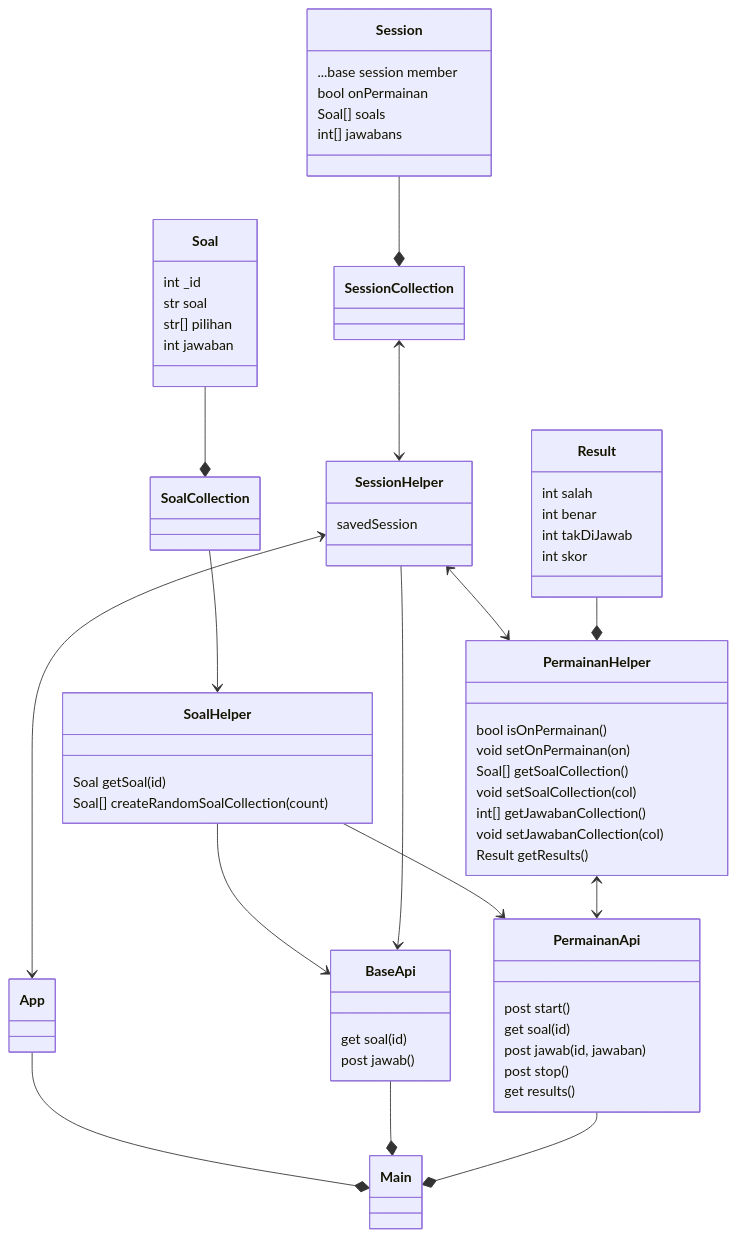
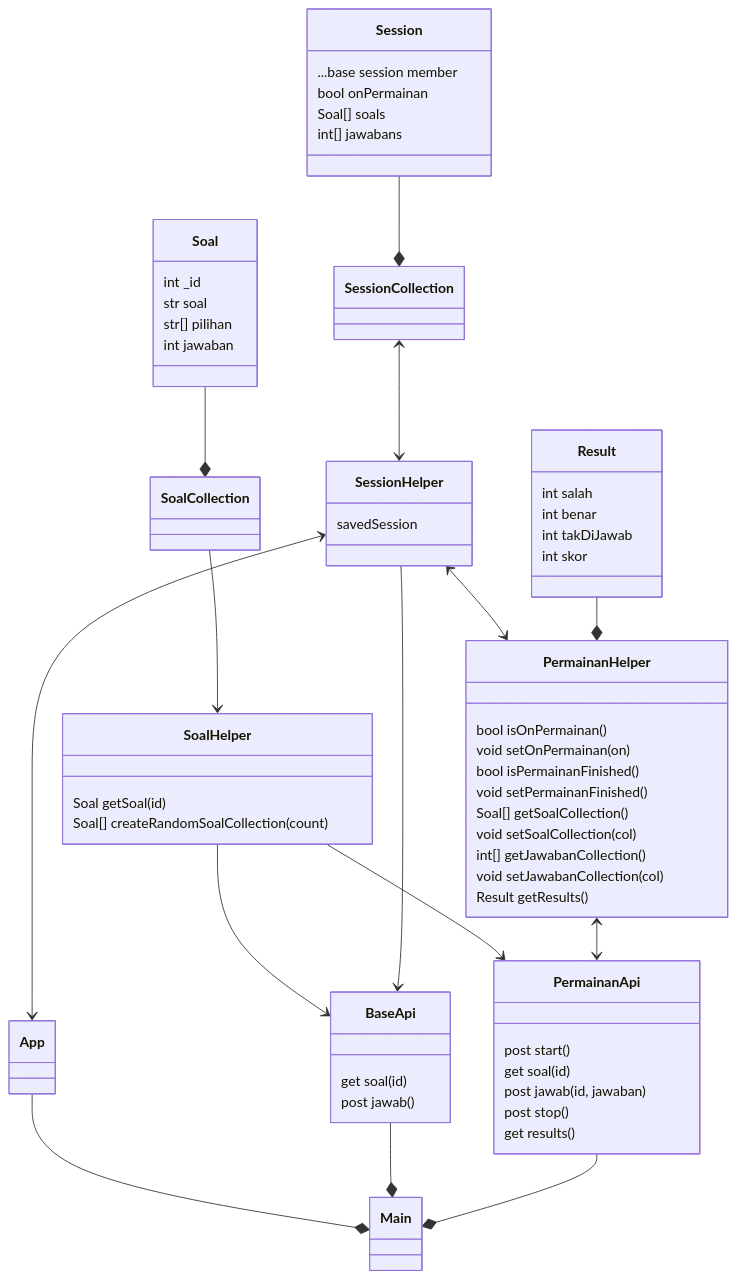
The diagram in architecture.md (levirs565/quizx), drawn with Mermaid before and after one commit.

Commit message:
menambahkan permainanFinished ke rancanagan

````diff
--- a/architecture.md
+++ b/architecture.md
@@ -1,46 +1,48 @@
 ```mermaid
 classDiagram
 Soal --* Soal Collection
 Soal : int _id
 Soal : str soal
 Soal : str[] pilihan
 Soal : int jawaban
 Session --* Session Collection
 Session : ...base session member
 Session : bool onPermainan
 Session : Soal[] soals
 Session : int[] jawabans
 Session Collection <--> Session Helper
 Soal Collection --> Soal Helper
 Soal Helper --> Permainan Api
 Soal Helper : Soal getSoal(id)
 Soal Helper : Soal[] createRandomSoalCollection(count)
 Session Helper <--> Permainan Helper
 Session Helper : savedSession 
 Session Helper <--> App
 Result --* Permainan Helper
 Result : int salah
 Result : int benar
 Result : int takDiJawab
 Result : int skor
 Permainan Helper <--> Permainan Api
 Permainan Helper : bool isOnPermainan()
 Permainan Helper : void setOnPermainan(on)
+Permainan Helper : bool isPermainanFinished()
+Permainan Helper : void setPermainanFinished()
 Permainan Helper : Soal[] getSoalCollection()
 Permainan Helper : void setSoalCollection(col)
 Permainan Helper : int[] getJawabanCollection()
 Permainan Helper : void setJawabanCollection(col)
 Permainan Helper : Result getResults()
 Permainan Api : post start()
 Permainan Api : get soal(id)
 Permainan Api : post jawab(id, jawaban)
 Permainan Api : post stop()
 Permainan Api : get results()
 Soal Helper --> Base Api
 Session Helper --> Base Api
 Base Api : get soal(id)
 Base Api : post jawab()
 App --* Main
 Base Api --* Main
 Permainan Api --* Main
 ```
````
